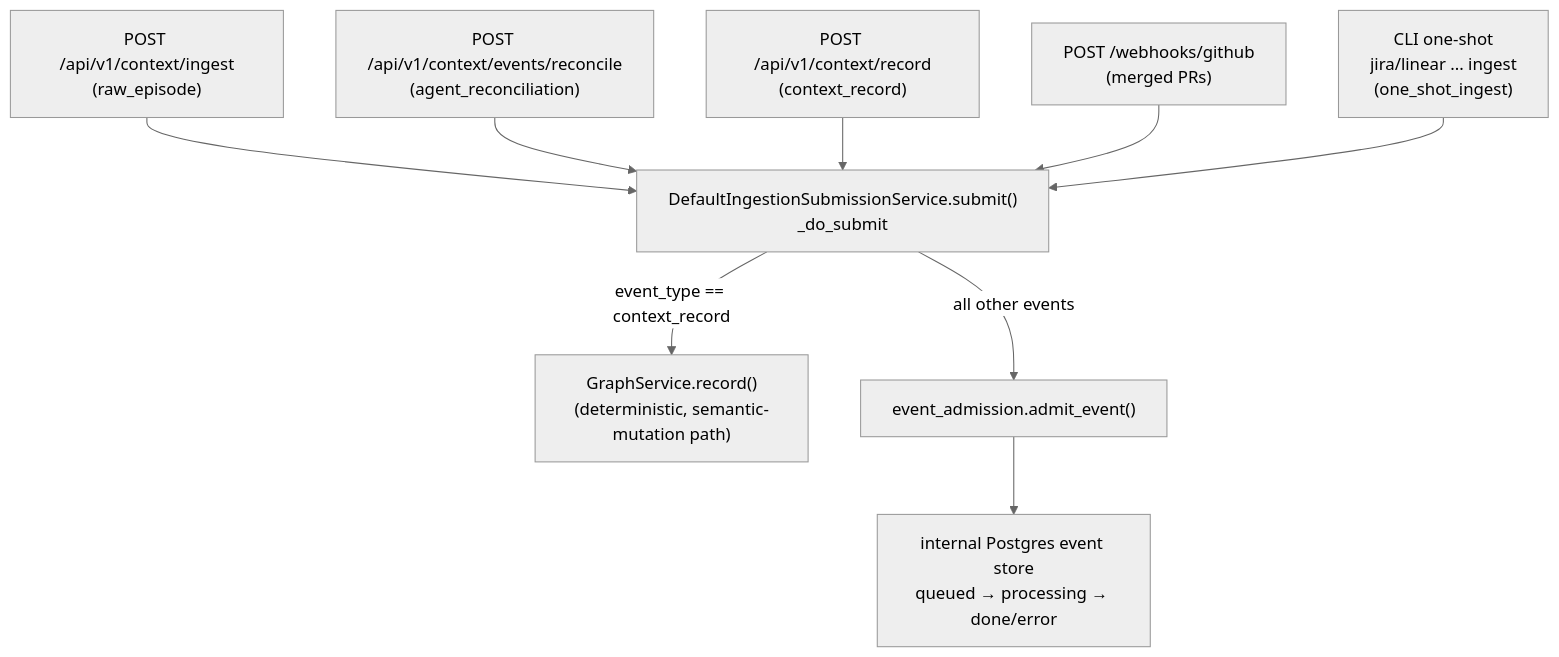
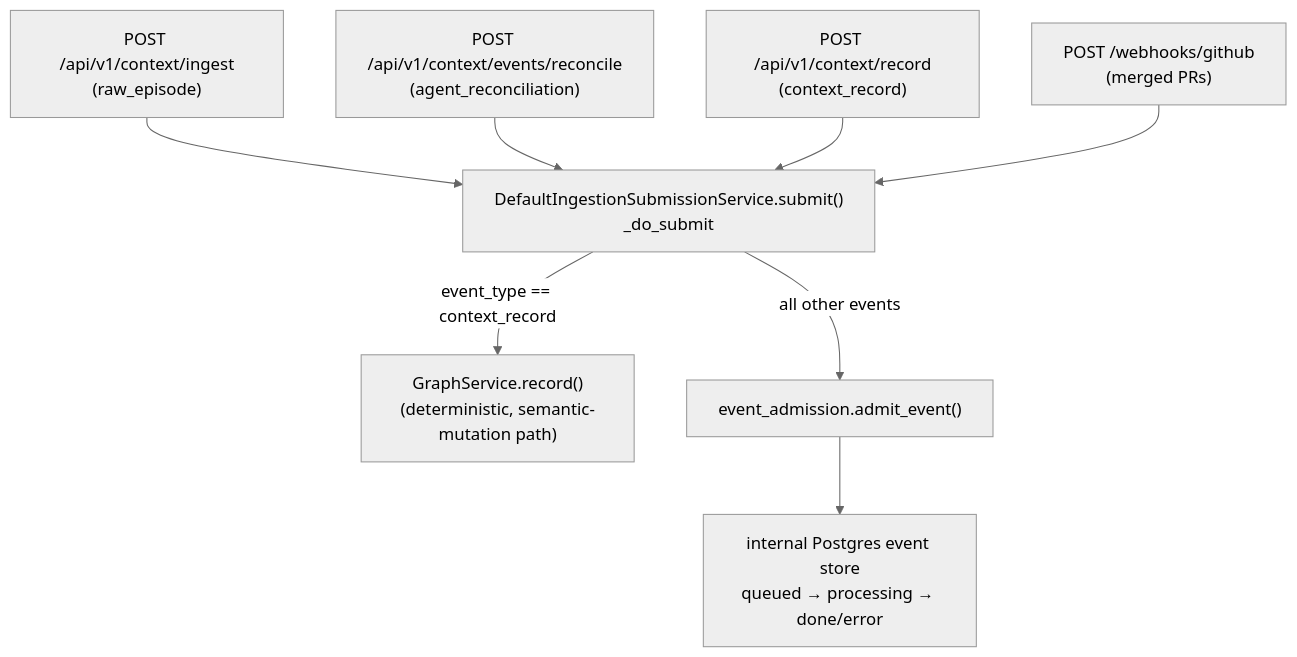
One commit to potpie-ai/potpie changed the diagram in docs/context-graph/ingestion-nudge.md. Above: the diagram before and after it, drawn with Mermaid (neutral theme). The commit also changed other lines of this file and 13 other files, not shown here.

First line of the commit message:
Remove pot-level Jira/Linear ingest commands from CLI (#990)

````diff
--- a/docs/context-graph/ingestion-nudge.md
+++ b/docs/context-graph/ingestion-nudge.md
@@ -56,23 +56,21 @@
 ```mermaid
 flowchart TD
   ing_ep1["POST /api/v1/context/ingest<br/>(raw_episode)"]
   ing_ep2["POST /api/v1/context/events/reconcile<br/>(agent_reconciliation)"]
   ing_ep3["POST /api/v1/context/record<br/>(context_record)"]
   ing_wh["POST /webhooks/github<br/>(merged PRs)"]
-  ing_cli["CLI one-shot<br/>jira/linear ... ingest<br/>(one_shot_ingest)"]
 
   ing_submit["DefaultIngestionSubmissionService.submit()<br/>_do_submit"]
   ing_record["GraphService.record()<br/>(deterministic, semantic-mutation path)"]
   ing_admit["event_admission.admit_event()"]
   ing_store["internal Postgres event store<br/>queued → processing → done/error"]
 
   ing_ep1 --> ing_submit
   ing_ep2 --> ing_submit
   ing_ep3 --> ing_submit
   ing_wh --> ing_submit
-  ing_cli --> ing_submit
 
   ing_submit -->|"event_type == context_record"| ing_record
   ing_submit -->|"all other events"| ing_admit
   ing_admit --> ing_store
 ```
````
